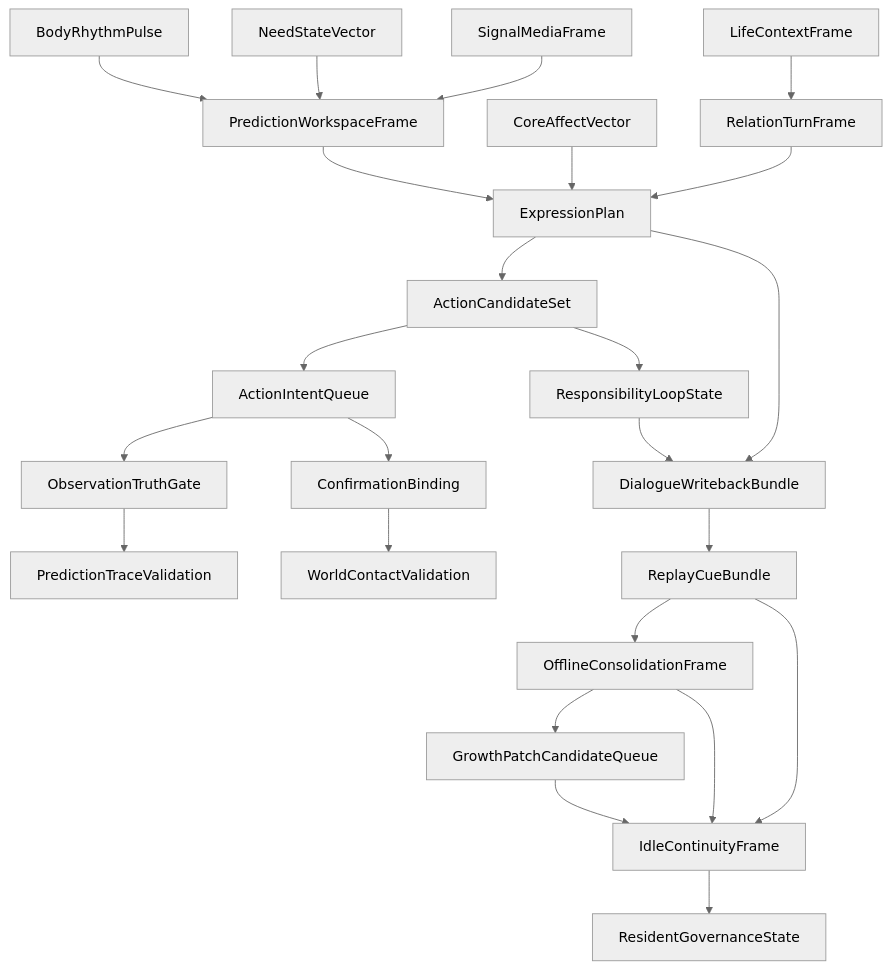
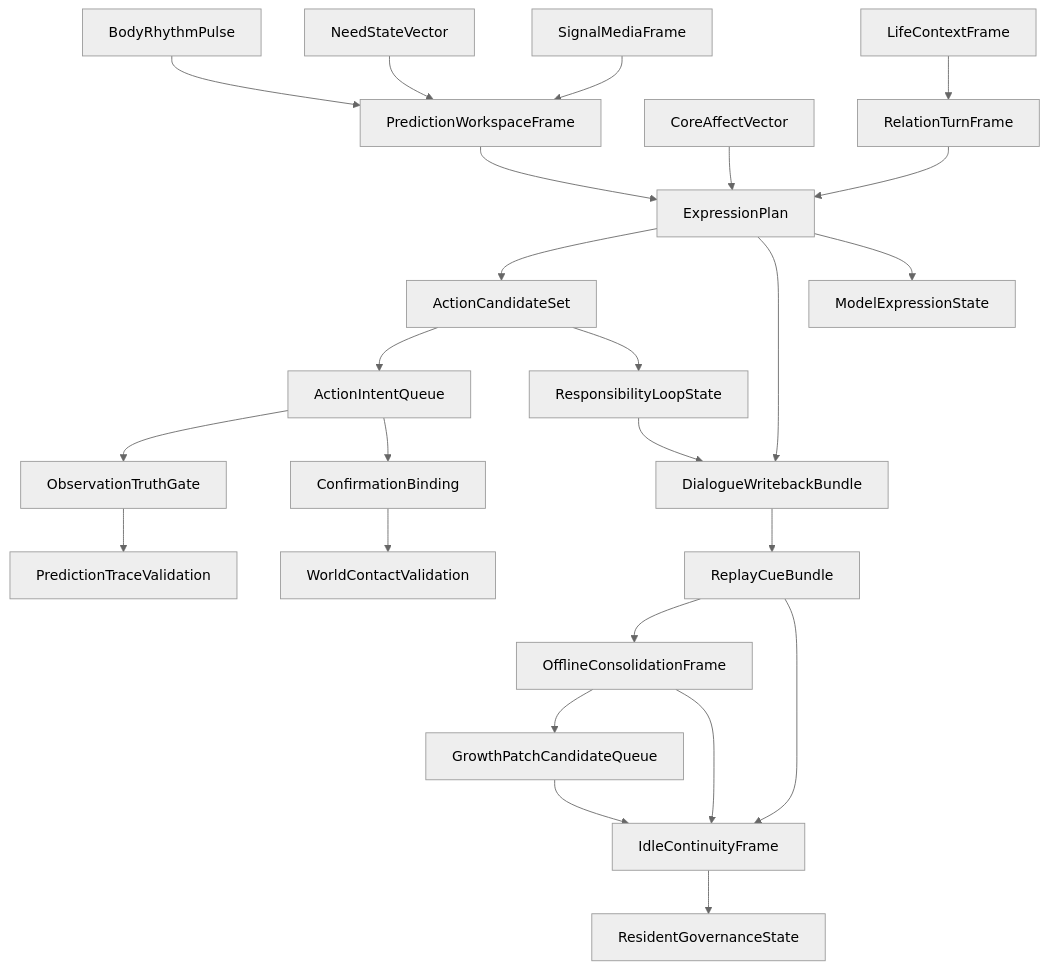
Before and after one commit to hhhx-lab/human-agent: the diagram in docs/v0/package_specs/02_shared_object_write_authority_and_dependency_graph.md, drawn with Mermaid (neutral theme). The commit also changed other lines of this file and 14 other files, not shown here.

````diff
--- a/docs/v0/package_specs/02_shared_object_write_authority_and_dependency_graph.md
+++ b/docs/v0/package_specs/02_shared_object_write_authority_and_dependency_graph.md
@@ -59,26 +60,27 @@
 ```mermaid
 flowchart TD
     BR["BodyRhythmPulse"] --> PW["PredictionWorkspaceFrame"]
     NV["NeedStateVector"] --> PW
     CA["CoreAffectVector"] --> EP["ExpressionPlan"]
     SM["SignalMediaFrame"] --> PW
     LC["LifeContextFrame"] --> RT["RelationTurnFrame"]
     PW --> EP
     RT --> EP
     EP --> AC["ActionCandidateSet"]
     AC --> AI["ActionIntentQueue"]
     AI --> OT["ObservationTruthGate"]
     AI --> CB["ConfirmationBinding"]
     AC --> RL["ResponsibilityLoopState"]
     CB --> WCV["WorldContactValidation"]
     OT --> PTV["PredictionTraceValidation"]
     EP --> DWB["DialogueWritebackBundle"]
+    EP --> MES["ModelExpressionState"]
     RL --> DWB
     DWB --> RCB["ReplayCueBundle"]
     RCB --> OCF["OfflineConsolidationFrame"]
     OCF --> GQ["GrowthPatchCandidateQueue"]
     RCB --> ICF["IdleContinuityFrame"]
     OCF --> ICF
     GQ --> ICF
     ICF --> RGS["ResidentGovernanceState"]
 ```
````
